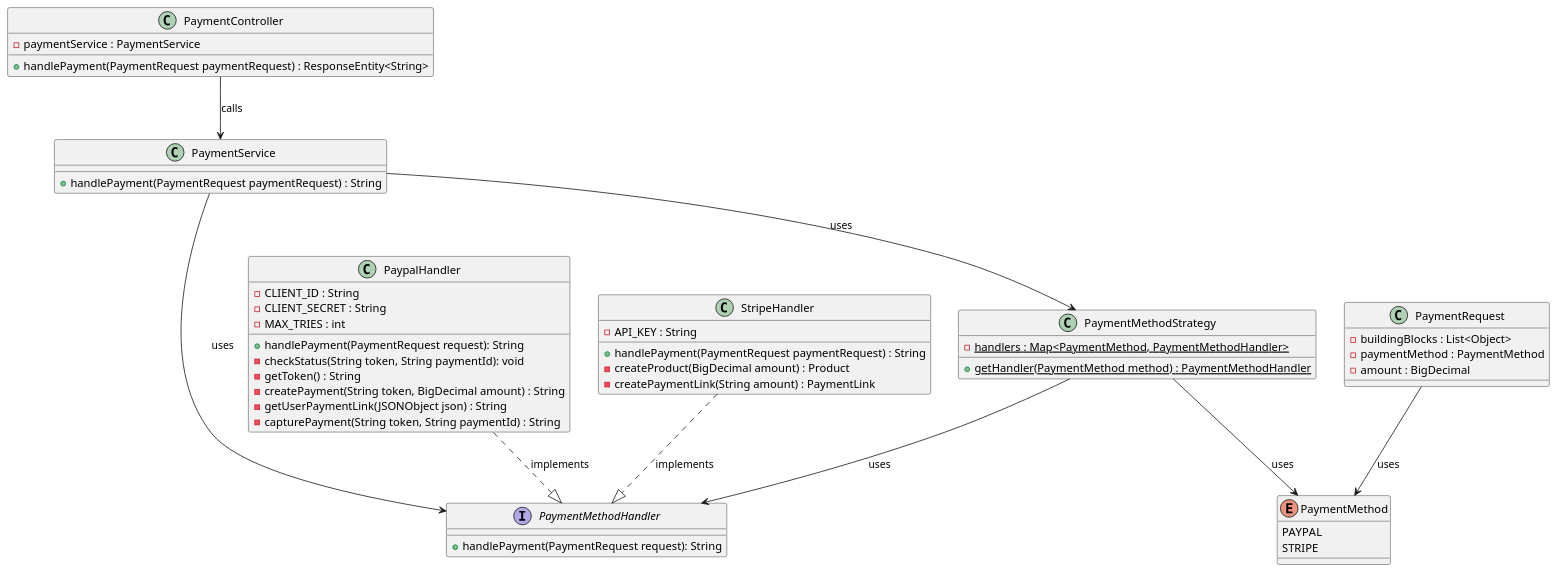
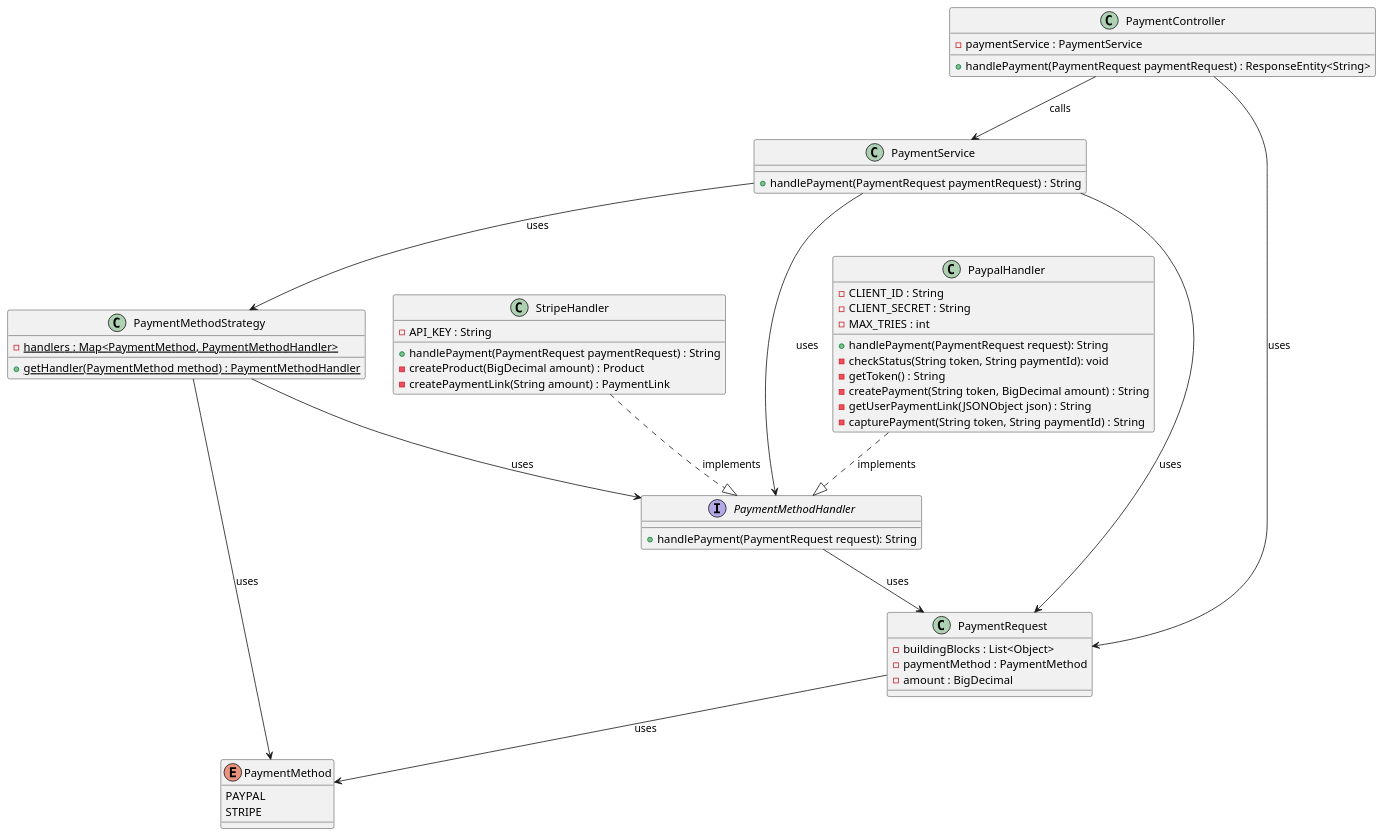
The diagram in groeps-uitwerkingen/week2/klassediagrammen/klassediagram-Stefan.puml (AIM-ENE-feb25/triptop-de-broederbond-fgs), drawn with PlantUML before and after one commit. The commit also changed 7 other files, not shown here.

Commit message:
diagrammen Stefan af

```diff
--- a/groeps-uitwerkingen/week2/klassediagrammen/klassediagram-Stefan.puml
+++ b/groeps-uitwerkingen/week2/klassediagrammen/klassediagram-Stefan.puml
@@ -1,62 +1,65 @@
 @startuml
 
 class PaymentController{
     -paymentService : PaymentService
 
     +handlePayment(PaymentRequest paymentRequest) : ResponseEntity<String>
 }
 PaymentController --> PaymentService : calls
+PaymentController --> PaymentRequest : uses
 
 class PaymentService{
     +handlePayment(PaymentRequest paymentRequest) : String
 }
 PaymentService --> PaymentMethodStrategy : uses
 PaymentService --> PaymentMethodHandler : uses
+PaymentService --> PaymentRequest : uses
 
 interface PaymentMethodHandler{
     +handlePayment(PaymentRequest request): String
 }
+PaymentMethodHandler --> PaymentRequest : uses
 
 class PaypalHandler{
     -CLIENT_ID : String
     -CLIENT_SECRET : String
     -MAX_TRIES : int
 
     +handlePayment(PaymentRequest request): String
     -checkStatus(String token, String paymentId): void
     -getToken() : String
     -createPayment(String token, BigDecimal amount) : String
     -getUserPaymentLink(JSONObject json) : String
     -capturePayment(String token, String paymentId) : String
 }
 PaypalHandler ..|> PaymentMethodHandler : implements
 
 class StripeHandler{
     -API_KEY : String
 
     +handlePayment(PaymentRequest paymentRequest) : String
     -createProduct(BigDecimal amount) : Product
     -createPaymentLink(String amount) : PaymentLink
 }
 StripeHandler ..|> PaymentMethodHandler : implements
 
 class PaymentMethodStrategy{
     -{static}handlers : Map<PaymentMethod, PaymentMethodHandler>
     +{static}getHandler(PaymentMethod method) : PaymentMethodHandler
 }
 PaymentMethodStrategy --> PaymentMethod : uses
 PaymentMethodStrategy --> PaymentMethodHandler : uses
 
 class PaymentRequest{
     -buildingBlocks : List<Object>
     -paymentMethod : PaymentMethod
     -amount : BigDecimal
 }
 PaymentRequest --> PaymentMethod : uses
 
 enum PaymentMethod{
     PAYPAL
     STRIPE
 }
 
 @enduml
```
